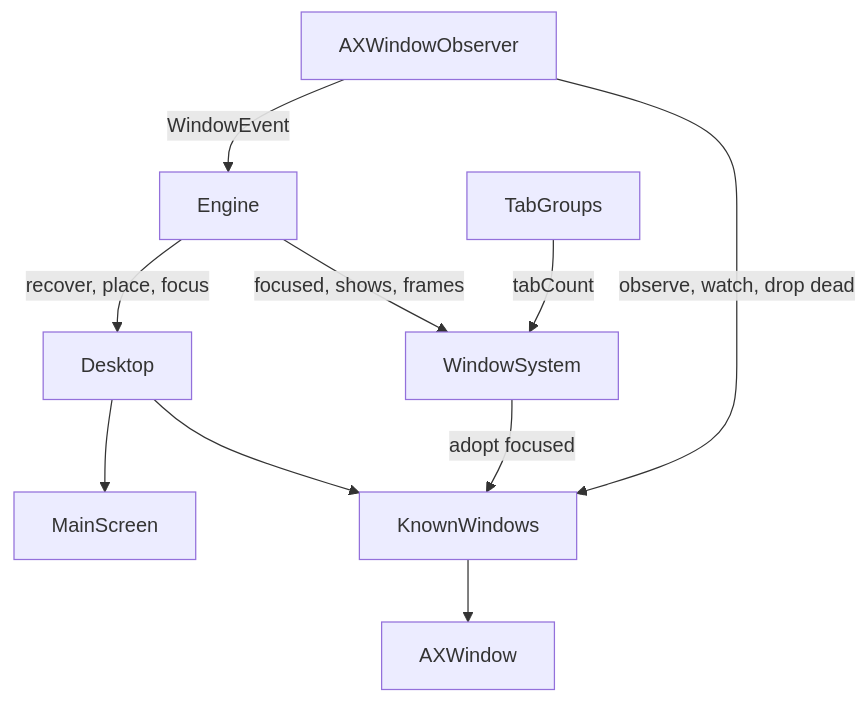
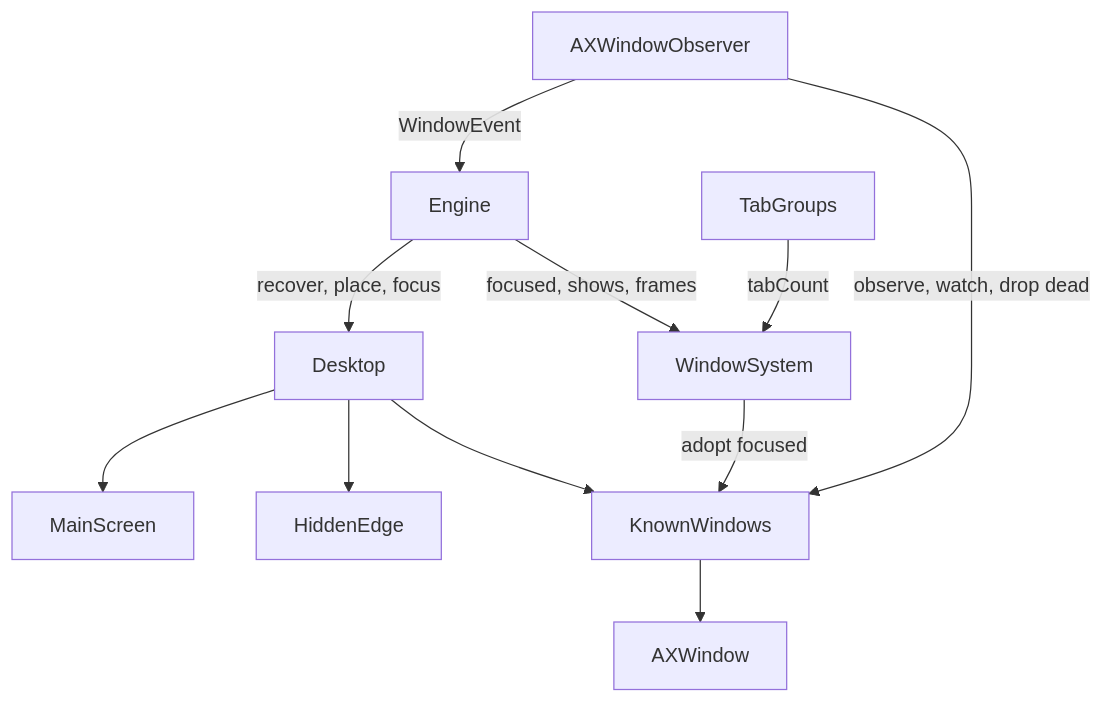
The fifth of 17 diagrams in ARCHITECTURE.md (brennovich/ottowm), drawn with Mermaid before and after one commit. The commit also changed other lines of this file and 23 other files, not shown here.

````diff
--- a/ARCHITECTURE.md
+++ b/ARCHITECTURE.md
@@ -120,12 +123,13 @@
 ```mermaid
 flowchart TB
     Engine -->|recover, place, focus| Desktop
     Engine -->|focused, shows, frames| WindowSystem
     TabGroups -->|tabCount| WindowSystem
     AXWindowObserver -->|WindowEvent| Engine
     Desktop --> MainScreen
+    Desktop --> HiddenEdge
     Desktop --> KnownWindows
     WindowSystem -->|adopt focused| KnownWindows
     AXWindowObserver -->|observe, watch, drop dead| KnownWindows
     KnownWindows --> AXWindow
 ```
````
